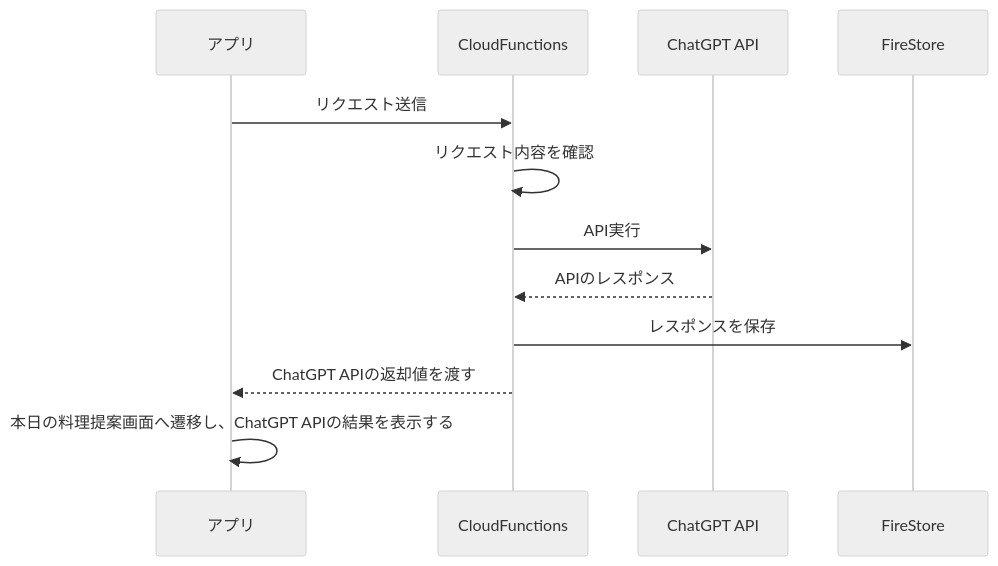
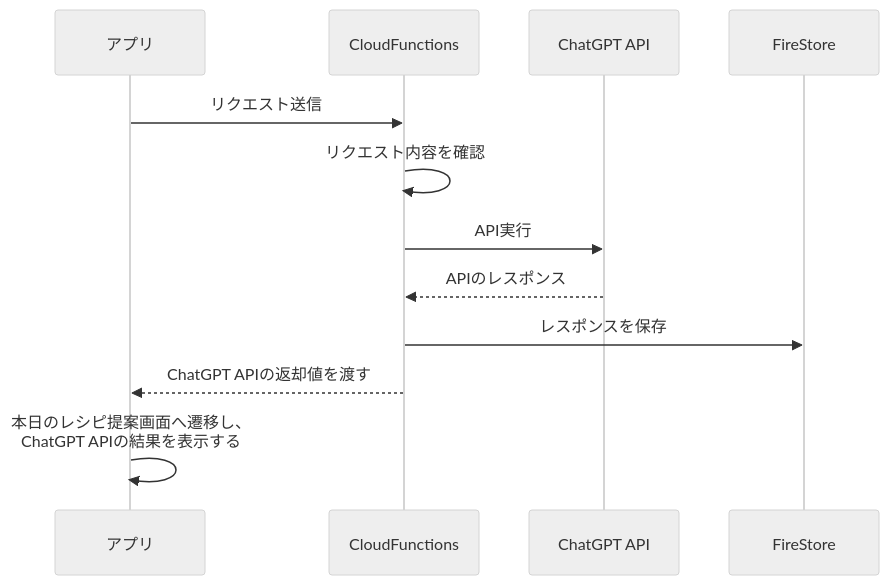
One commit to shuuuu10-01/chat-chef changed the diagram in README.md. Above: the diagram before and after it, drawn with Mermaid (neutral theme). The commit also changed other lines of this file and 1 other file, not shown here.

````diff
--- a/README.md
+++ b/README.md
@@ -25,15 +25,15 @@
 ```mermaid
 sequenceDiagram
     participant アプリ
     participant CloudFunctions
     participant ChatGPT API
     participant FireStore
 
     アプリ->>CloudFunctions: リクエスト送信
     CloudFunctions->>CloudFunctions: リクエスト内容を確認
     CloudFunctions->>ChatGPT API: API実行
     ChatGPT API-->>CloudFunctions: APIのレスポンス
     CloudFunctions->>FireStore: レスポンスを保存
     CloudFunctions-->>アプリ: ChatGPT APIの返却値を渡す
-    アプリ->>アプリ: 本日の料理提案画面へ遷移し、ChatGPT APIの結果を表示する
+    アプリ->>アプリ: 本日のレシピ提案画面へ遷移し、<br >ChatGPT APIの結果を表示する
 ```
````
